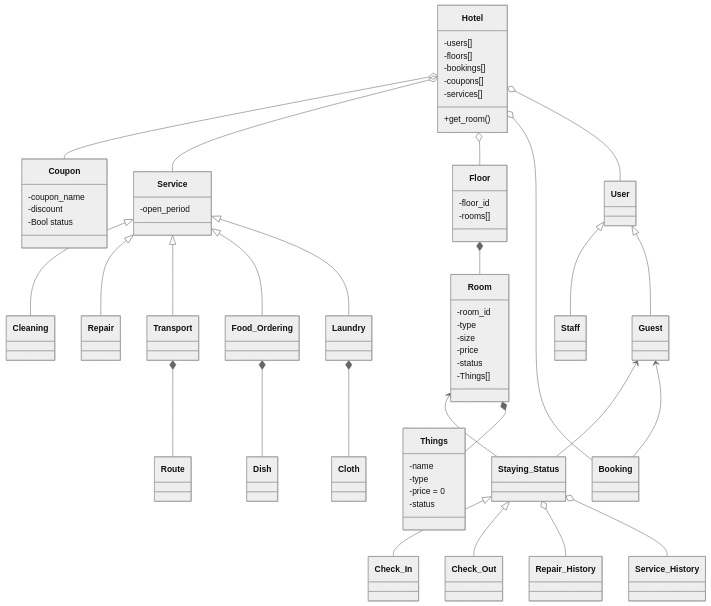
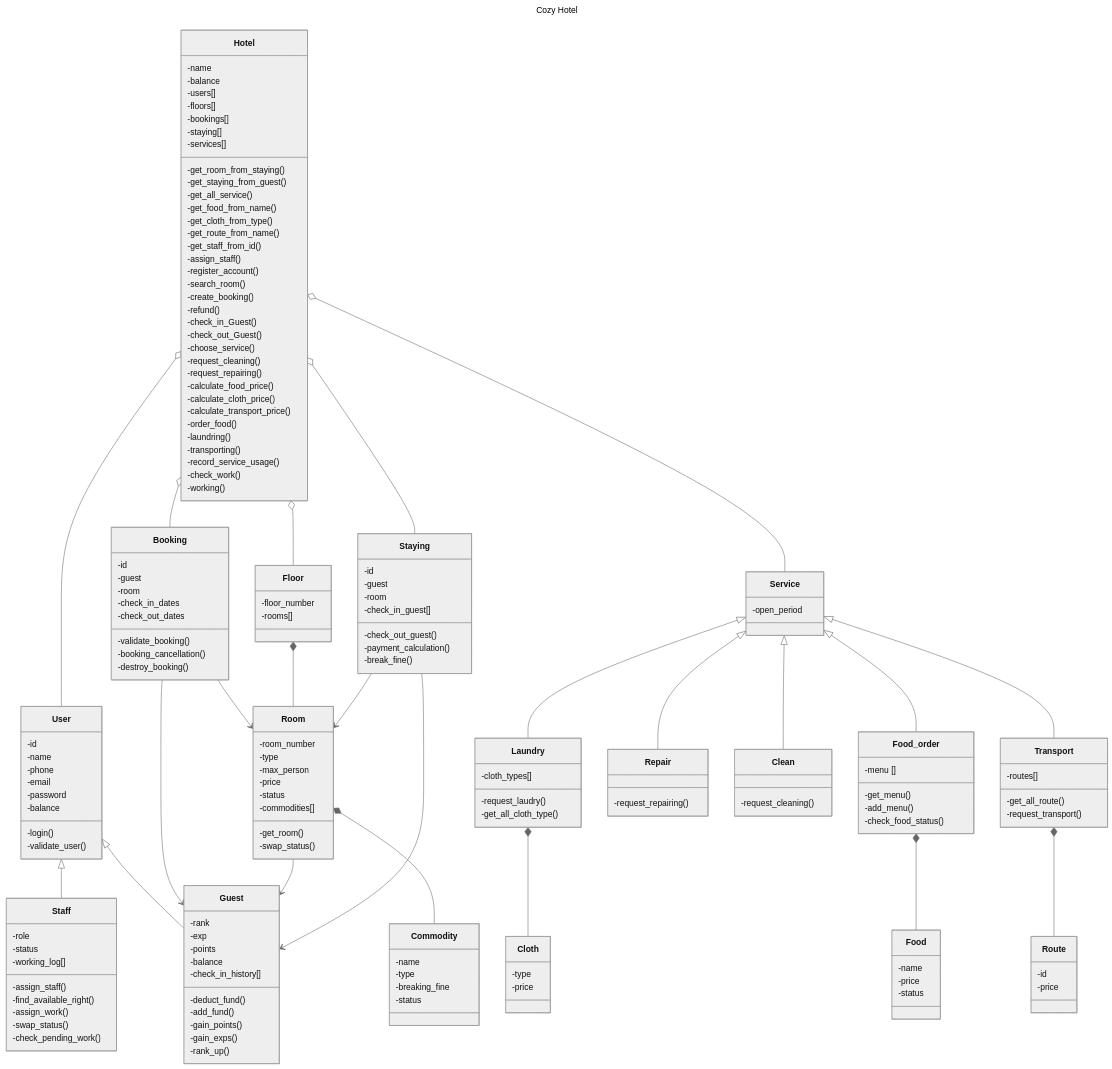
The diagram in uml/class_diagram.md (KindleDrift/OOP-Website-Project), drawn with Mermaid (neutral theme) before and after one commit. The commit also changed other lines of this file, not shown here.

````diff
--- a/uml/class_diagram.md
+++ b/uml/class_diagram.md
@@ -2,61 +1,179 @@
 ```mermaid
-classDiagram 
-    class Hotel {
+---
+title: Cozy Hotel
+---
+classDiagram
+
+    Hotel o-- User
+    Hotel o-- Booking
+    Hotel o-- Staying
+    Hotel o-- Floor
+    Hotel o-- Service
+    User <|-- Staff
+    User <|-- Guest
+    Booking --> Guest
+    Booking --> Room
+    Room --> Guest
+    Floor *-- Room
+    Staying --> Guest
+    Staying --> Room
+    Room *-- Commodity
+    Service <|-- Laundry
+    Laundry *-- Cloth 
+    Service <|-- Food_order
+    Food_order *-- Food
+    Service <|-- Transport
+    Transport *-- Route
+    Service <|-- Repair
+    Service <|-- Clean
+    
+    class Hotel{
+        -name
+        -balance
         -users[]
         -floors[]
         -bookings[]
-        -coupons[]
+        -staying[]
+
         -services[]
-        +get_room()
+        -get_room_from_staying()
+        -get_staying_from_guest()
+        -get_all_service()
+        -get_food_from_name()
+        -get_cloth_from_type()
+        -get_route_from_name()
+        -get_staff_from_id()
+        -assign_staff()
+
+        -register_account()
+        -search_room()
+        -create_booking()
+        -refund()
+
+        -check_in_Guest()
+        -check_out_Guest()
+
+        -choose_service()
+        -request_cleaning()
+        -request_repairing()
+        -calculate_food_price()
+        -calculate_cloth_price()
+        -calculate_transport_price()
+        -order_food()
+        -laundring()
+        -transporting()
+        -record_service_usage()
+
+        -check_work()
+        -working()
     }
-    class Coupon {
-        -coupon_name
-        -discount
-        -Bool status
+    class User{
+        -id
+        -name
+        -phone
+        -email
+        -password
+        -balance
+        -login()
+        -validate_user()
     }
-    class Service {
+    class Guest{
+        -rank
+        -exp
+        -points
+        -balance
+        -check_in_history[]
+        -deduct_fund()
+        -add_fund()
+        -gain_points()
+        -gain_exps()
+        -rank_up()
+    }
+    class Staff{
+        -role
+        -status
+        -working_log[]
+        -assign_staff()
+        -find_available_right()
+        -assign_work()
+        -swap_status()
+        -check_pending_work()
+    }
+    class Floor{
+        -floor_number
+        -rooms[]
+    }
+    class Room{
+        -room_number
+        -type
+        -max_person
+        -price
+        -status
+        -commodities[]
+        -get_room()
+        -swap_status()
+    }
+    class Commodity{
+        -name
+        -type
+        -breaking_fine
+        -status
+    }
+    class Booking{
+        -id
+        -guest
+        -room
+        -check_in_dates
+        -check_out_dates
+        -validate_booking()
+        -booking_cancellation()
+        -destroy_booking()
+    }
+    class Staying{
+        -id
+        -guest
+        -room
+        -check_in_guest[]
+        -check_out_guest()
+        -payment_calculation()
+        -break_fine()
+    }
+    class Service{
         -open_period
     }
-    class Floor {
-        -floor_id
-        -rooms[]
+    class Laundry{
+        -cloth_types[]
+        -request_laudry()
+        -get_all_cloth_type()
     }
-    class Room {
-        -room_id
+    class Cloth{
         -type
-        -size
+        -price
+    }
+    class Food_order{
+        -menu []
+        -get_menu()
+        -add_menu()
+        -check_food_status()
+    }
+    class Food{
+        -name
         -price
         -status
-        -Things[]
     }
-    class Things {
-        -name
-        -type
-        -price = 0
-        -status
+    class Transport{
+        -routes[]
+        -get_all_route()
+        -request_transport()
     }
-    Hotel o-- Coupon
-    Hotel o-- Service
-    Hotel o-- Floor
-    Hotel o-- Booking
-    Hotel o-- User
-    User <|-- Staff
-    User <|-- Guest
-    Guest <-- Staying_Status
-    Guest <-- Booking
-    Room <-- Staying_Status
-    Room *-- Things
-    Staying_Status <|-- Check_In
-    Staying_Status <|-- Check_Out
-    Staying_Status o-- Repair_History
-    Staying_Status o-- Service_History
-    Service <|-- Cleaning
-    Service <|-- Repair
-    Service <|-- Transport
-    Service <|-- Food_Ordering
-    Service <|-- Laundry
-    Transport *-- Route
-    Food_Ordering *-- Dish
-    Laundry *-- Cloth 
-    Floor *-- Room
+    class Route{
+        -id
+        -price
+    }
+    class Clean{
+        -request_cleaning()
+    }
+    class Repair{
+        -request_repairing()
+    }
 ```
````
